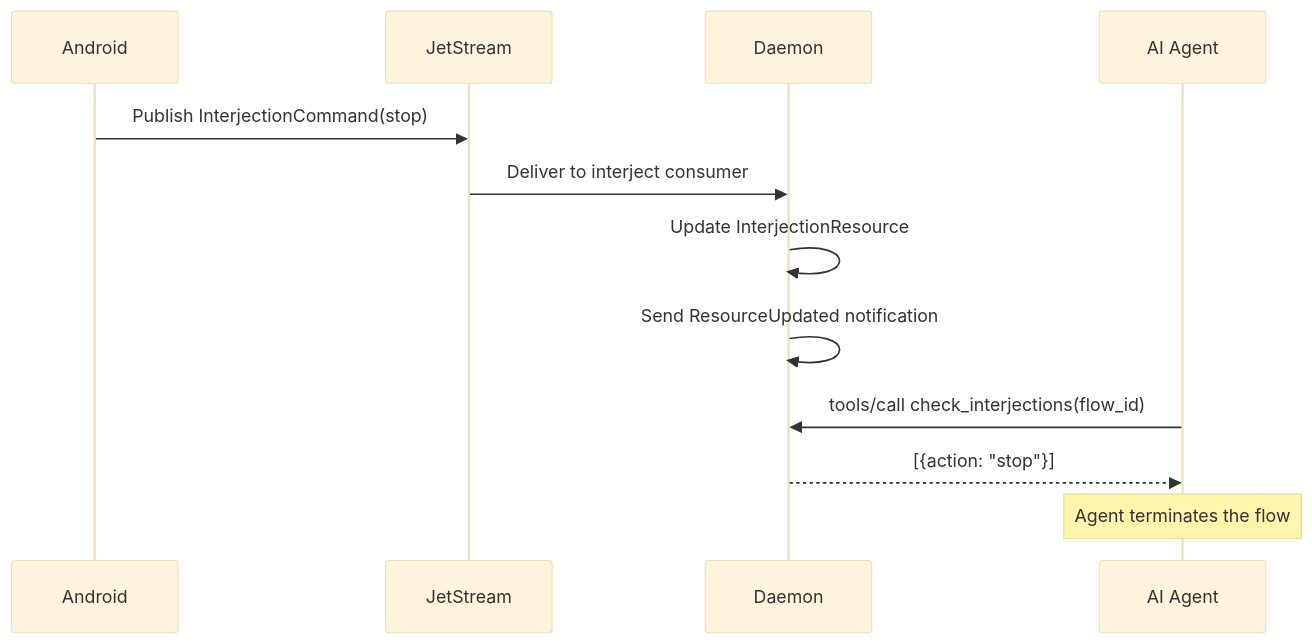
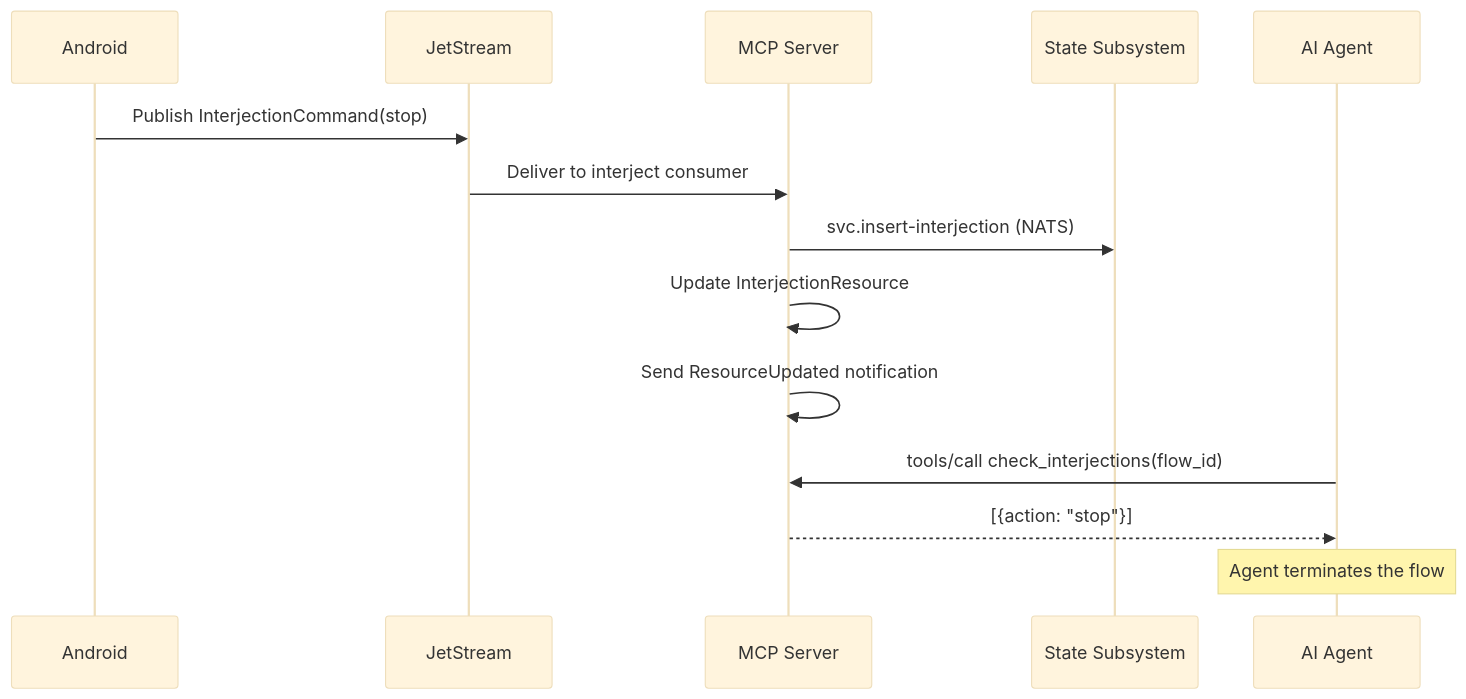
Before and after one commit to resystems-io/renotify: the fifth of 5 diagrams in docs/renotify-architecture.md, drawn with Mermaid (base theme). The commit also changed other lines of this file and 1 other file, not shown here.

First line of the commit message:
docs: rewrite architecture document for state decoupling (V-05)

````diff
--- a/docs/renotify-architecture.md
+++ b/docs/renotify-architecture.md
@@ -157,16 +242,18 @@
 ```mermaid
 sequenceDiagram
     participant Phone as Android
     participant JS as JetStream
-    participant Daemon as Daemon
+    participant MCP as MCP Server
+    participant State as State Subsystem
     participant Agent as AI Agent
 
     Phone->>JS: Publish InterjectionCommand(stop)
-    JS->>Daemon: Deliver to interject consumer
-    Daemon->>Daemon: Update InterjectionResource
-    Daemon->>Daemon: Send ResourceUpdated notification
+    JS->>MCP: Deliver to interject consumer
+    MCP->>State: svc.insert-interjection (NATS)
+    MCP->>MCP: Update InterjectionResource
+    MCP->>MCP: Send ResourceUpdated notification
 
-    Agent->>Daemon: tools/call check_interjections(flow_id)
-    Daemon-->>Agent: [{action: "stop"}]
+    Agent->>MCP: tools/call check_interjections(flow_id)
+    MCP-->>Agent: [{action: "stop"}]
     Note over Agent: Agent terminates the flow
 ```
````
